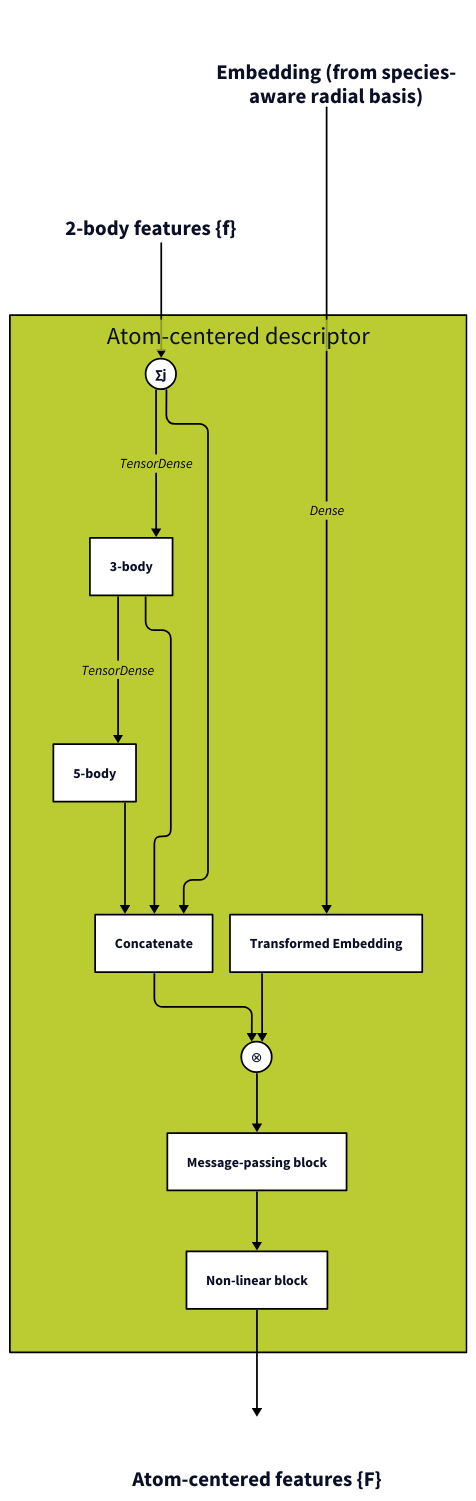
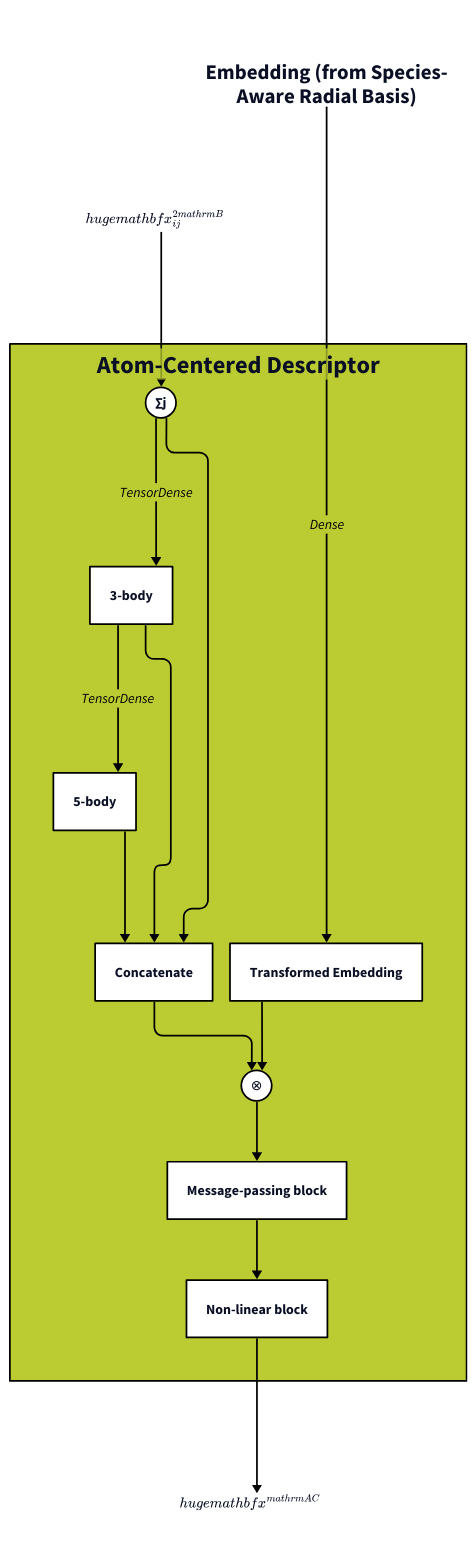
One commit to SamsungDS/gears_h changed the diagram in architecture_figures/2a_ac.d2. Above: the diagram before and after it, drawn with D2. The commit also changed 5 other files, not shown here.

Commit message:
Update architecture figures

```diff
--- a/architecture_figures/2a_ac.d2
+++ b/architecture_figures/2a_ac.d2
@@ -1,139 +1,156 @@
 # direction: right
 
 # zi: Zi {class: empty}
 # zj: Zj {class: empty}
-sarb_emb: Embedding (from species-\naware radial basis) {class: empty;label.near: top-center}
-f: "2-body features \{f\}" {class: empty;}#label.near: outside-top-center}
-acf: "Atom-centered features \{F\}" {class: empty; label.near: outside-top-center}
+sarb_emb: Embedding (from Species-\nAware Radial Basis) {class: empty;label.near: top-center}
+# f: "2-body features \{f\}" {class: empty;}#label.near: outside-top-center}
+f: {label: ""
+    equation: |latex
+        \huge{\mathbf{x}^{2\mathrm{B}}_{ij}}
+    |
+    class: empty
+    label.near: outside-bottom-center
+}
+# acf: "Atom-centered features \{F\}" {class: empty; label.near: outside-top-center}
+acf: {
+    label: ""
+    class: empty
+    equation: |latex
+        \huge{\mathbf{x}^{\mathrm{AC}}}
+    |
+}
 
-ac: Atom-centered descriptor {
+ac: Atom-Centered Descriptor {
     class: ac
+    _.f.equation -> sum_j: {style: {stroke: "#000000"; font-color: black}}
     sum_j: ∑j {class: operator}
     sum_j -> 3b: TensorDense {style: {stroke: "#000000"; font-color: black}}
     3b: 3-body {class: in_module}
     5b: 5-body {class: in_module}
     3b -> 5b: TensorDense {style: {stroke: "#000000"; font-color: black}}
     c: Concatenate  {class: in_module}
     sum_j  -> c: {style: {stroke: "#000000"; font-color: black}}
     3b -> c: {style: {stroke: "#000000"; font-color: black}}
     5b -> c: {style: {stroke: "#000000"; font-color: black}}
     transformed_embedding: Transformed Embedding {class: in_module}
     p1: ⊗ {class: operator}
     c -> p1: {style: {stroke: "#000000"; font-color: black}}
     transformed_embedding -> p1: {style: {stroke: "#000000"; font-color: black}}
     # p1 -> sum_j: {style: {stroke: "#000000"; font-color: black}}
     mp_block:  Message-passing block {
         class: in_module
         # direction: right
         # sa: Self-attention {class: in_module}
         # mpln: Layer norm{class: in_module}
         # sa -> mpln: {style: {stroke: "#000000"; font-color: black}}
         # mpln -> sa: x number of message-passing steps {style: {stroke: "#000000"; font-color: black}}
     }
     # sum_j -> mp_block.sa: {style: {stroke: "#000000"; font-color: black}}
     p1 -> mp_block: {style: {stroke: "#000000"; font-color: black}}
     nl_block: Non-linear block {
         class: in_module
         # nld1: Dense {class: in_module}
         # nld2: Dense {class: in_module}
         # nlln: Layer Norm {class: in_module}
         # nlma: Mish Activation {class: in_module}
         # nld1 -> nlln -> nlma -> nld2: {style: {stroke: "#000000"; font-color: black}}
         # nlrescon: ⊕ {class: operator}
         # nld2 -> nlrescon: {style: {stroke: "#000000"; font-color: black}}
     }
     mp_block -> nl_block: {style: {stroke: "#000000"; font-color: black}}
     # transformed_embedding -> nl_block: Residual connection {style: {stroke: "#000000"; font-color: black}}
     # mp_block.mpln -> nl_block.nld1: {style: {stroke: "#000000"; font-color: black}}
     # transformed_embedding -> nl_block.nlrescon: Residual connection {style: {stroke: "#000000"; font-color: black}}
 }
 
 # zi -> sarb_emb: {style: {stroke: "#000000"; font-color: black}}
 # zj -> sarb_emb: {style: {stroke: "#000000"; font-color: black}}
-f -> ac.sum_j: {style: {stroke: "#000000"; font-color: black}} #ac.3b: TensorDense {style: {stroke: "#000000"; font-color: black}}
+# f -> ac.sum_j: {style: {stroke: "#000000"; font-color: black}} #ac.3b: TensorDense {style: {stroke: "#000000"; font-color: black}}
 # f -> ac.c: {style: {stroke: "#000000"; font-color: black}}
 sarb_emb -> ac.transformed_embedding: Dense {style: {stroke: "#000000"; font-color: black}}
 # ac.nl_block.nlrescon -> acf: {style: {stroke: "#000000"; font-color: black}}
-ac.nl_block -> acf: {style: {stroke: "#000000"; font-color: black}}
+ac.nl_block -> acf.equation: {style: {stroke: "#000000"; font-color: black}}
 
 classes: {
     operator: {shape: circle
                width: 35
                height: 35
                style: {fill: "#FFFFFF"
                        stroke: "#000000"
                     #    font: mono
                       }
     }
     empty: {
             # label: ""
             width: 50
             height: 50
             style: {
                 fill: transparent
                 stroke: transparent
                 font-size: 24
             }
     }
     sarb: {
         style: {
             fill: "#44BB99"
             stroke: "#000000"
         }
     }
     in_module: {
         style: {
             fill: "#FFFFFF"
             stroke: "#000000"
             # opacity: 0.5
         }
     }
     ac: {
         style: {
             fill: "#BBCC33"
             stroke: "#000000"
+            bold: true
         }
     }
     bc: {
         style: {
             fill: "#EEDD88"
             stroke: "#000000"
         }
     }
     rd: {
         style: {
             fill: "#EE8866"
             stroke: "#000000"
         }
     }
     ro: {
         style: {
             fill: "#FFAABB"
             stroke: "#000000"
         }
     }
     outs: {
         style: {
             fill: "#DDDDDD"
             stroke: "#000000"
             multiple: true
         }
     }
     input : {
         # label: ""
         width: 50
         height: 50
         style: {
             fill: "#99DDFF"
             stroke: "#000000"
             multiple: true
         }
     }
 }
 
 vars: {
     d2-config: {
       layout-engine: elk
+      pad: 10
     #   theme-id: 101
     }
 }
```
